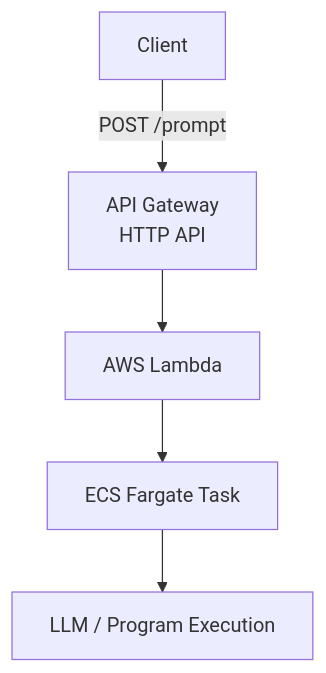
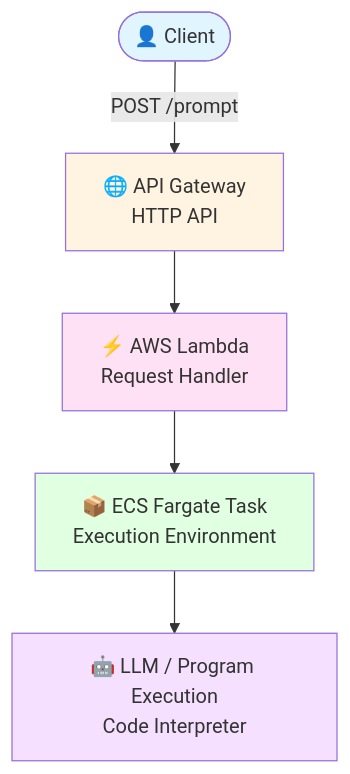
Before and after one commit to knkasa/LLM_python_executor: the diagram in README.md, drawn with Mermaid. The commit also changed other lines of this file, not shown here.

````diff
--- a/README.md
+++ b/README.md
@@ -10,7 +15,13 @@
 ```mermaid
 flowchart TD
-    Client -->|POST /prompt| APIGW[API Gateway<br/>HTTP API]
-    APIGW --> Lambda[AWS Lambda]
-    Lambda --> ECS[ECS Fargate Task]
-    ECS --> LLM[LLM / Program Execution]
+    Client([👤 Client]) -->|POST /prompt| APIGW[🌐 API Gateway<br/>HTTP API]
+    APIGW --> Lambda[⚡ AWS Lambda<br/>Request Handler]
+    Lambda --> ECS[📦 ECS Fargate Task<br/>Execution Environment]
+    ECS --> LLM[🤖 LLM / Program Execution<br/>Code Interpreter]
+    
+    style Client fill:#e1f5ff
+    style APIGW fill:#fff4e1
+    style Lambda fill:#ffe1f5
+    style ECS fill:#e1ffe1
+    style LLM fill:#f5e1ff
 ```
````
